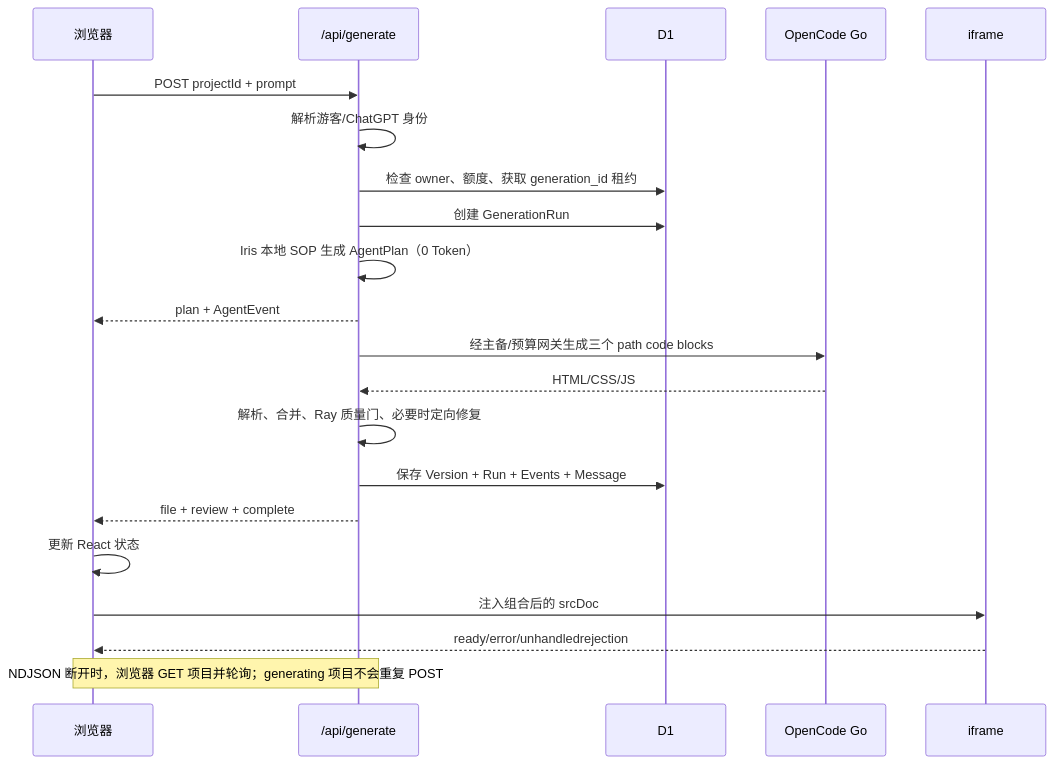
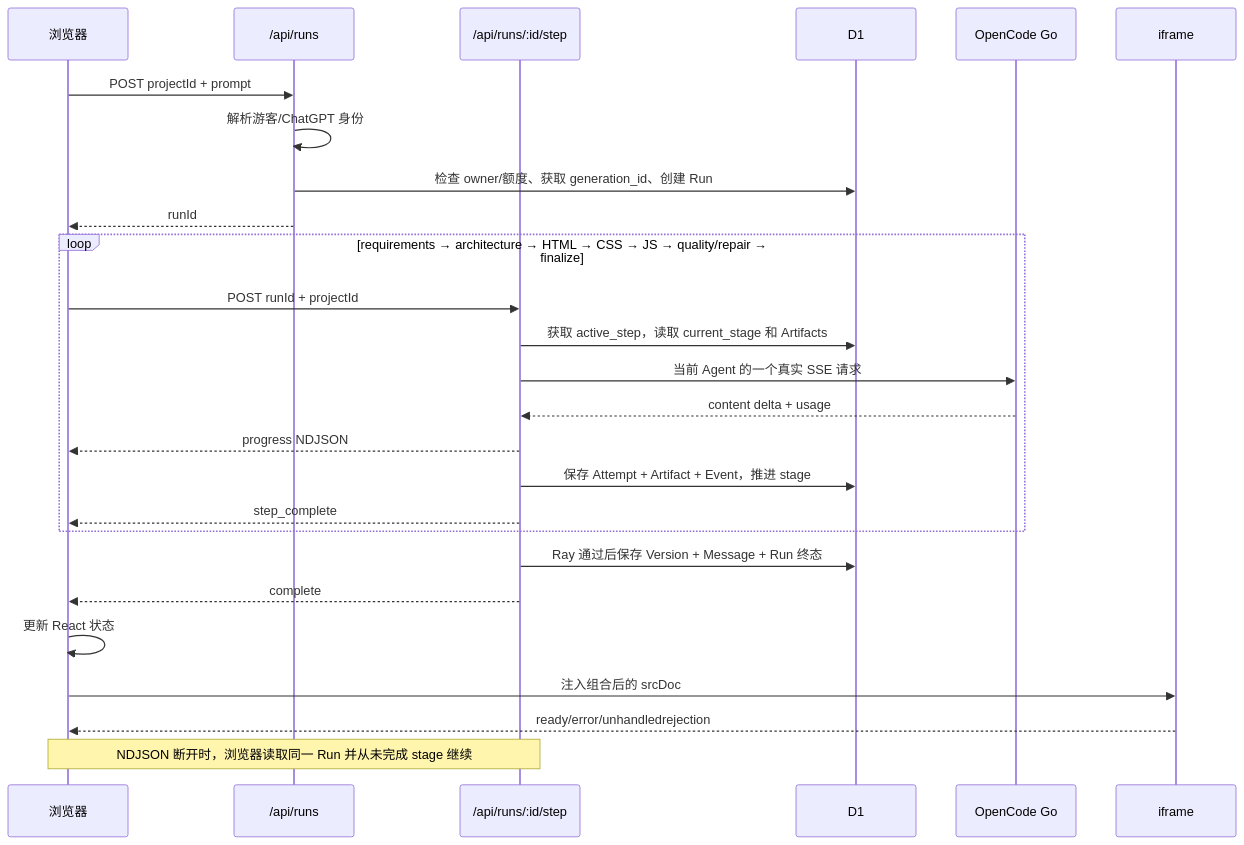
The second of 2 diagrams in docs/learning/02-system-architecture.md (lilongyong333/nucleus-ai-builder), drawn with Mermaid before and after one commit. The commit also changed other lines of this file and 33 other files, not shown here.

````diff
--- a/docs/learning/02-system-architecture.md
+++ b/docs/learning/02-system-architecture.md
@@ -23,25 +23,30 @@
 ```mermaid
 sequenceDiagram
     participant B as 浏览器
-    participant A as /api/generate
+    participant R as /api/runs
+    participant S as /api/runs/:id/step
     participant D as D1
     participant M as OpenCode Go
     participant I as iframe
 
-    B->>A: POST projectId + prompt
-    A->>A: 解析游客/ChatGPT 身份
-    A->>D: 检查 owner、额度、获取 generation_id 租约
-    A->>D: 创建 GenerationRun
-    A->>A: Iris 本地 SOP 生成 AgentPlan（0 Token）
-    A-->>B: plan + AgentEvent
-    A->>M: 经主备/预算网关生成三个 path code blocks
-    M-->>A: HTML/CSS/JS
-    A->>A: 解析、合并、Ray 质量门、必要时定向修复
-    A->>D: 保存 Version + Run + Events + Message
-    A-->>B: file + review + complete
+    B->>R: POST projectId + prompt
+    R->>R: 解析游客/ChatGPT 身份
+    R->>D: 检查 owner/额度、获取 generation_id、创建 Run
+    R-->>B: runId
+    loop requirements → architecture → HTML → CSS → JS → quality/repair → finalize
+        B->>S: POST runId + projectId
+        S->>D: 获取 active_step，读取 current_stage 和 Artifacts
+        S->>M: 当前 Agent 的一个真实 SSE 请求
+        M-->>S: content delta + usage
+        S-->>B: progress NDJSON
+        S->>D: 保存 Attempt + Artifact + Event，推进 stage
+        S-->>B: step_complete
+    end
+    S->>D: Ray 通过后保存 Version + Message + Run 终态
+    S-->>B: complete
     B->>B: 更新 React 状态
     B->>I: 注入组合后的 srcDoc
     I-->>B: ready/error/unhandledrejection
 
-    Note over B,A: NDJSON 断开时，浏览器 GET 项目并轮询；generating 项目不会重复 POST
+    Note over B,S: NDJSON 断开时，浏览器读取同一 Run 并从未完成 stage 继续
 ```
````
